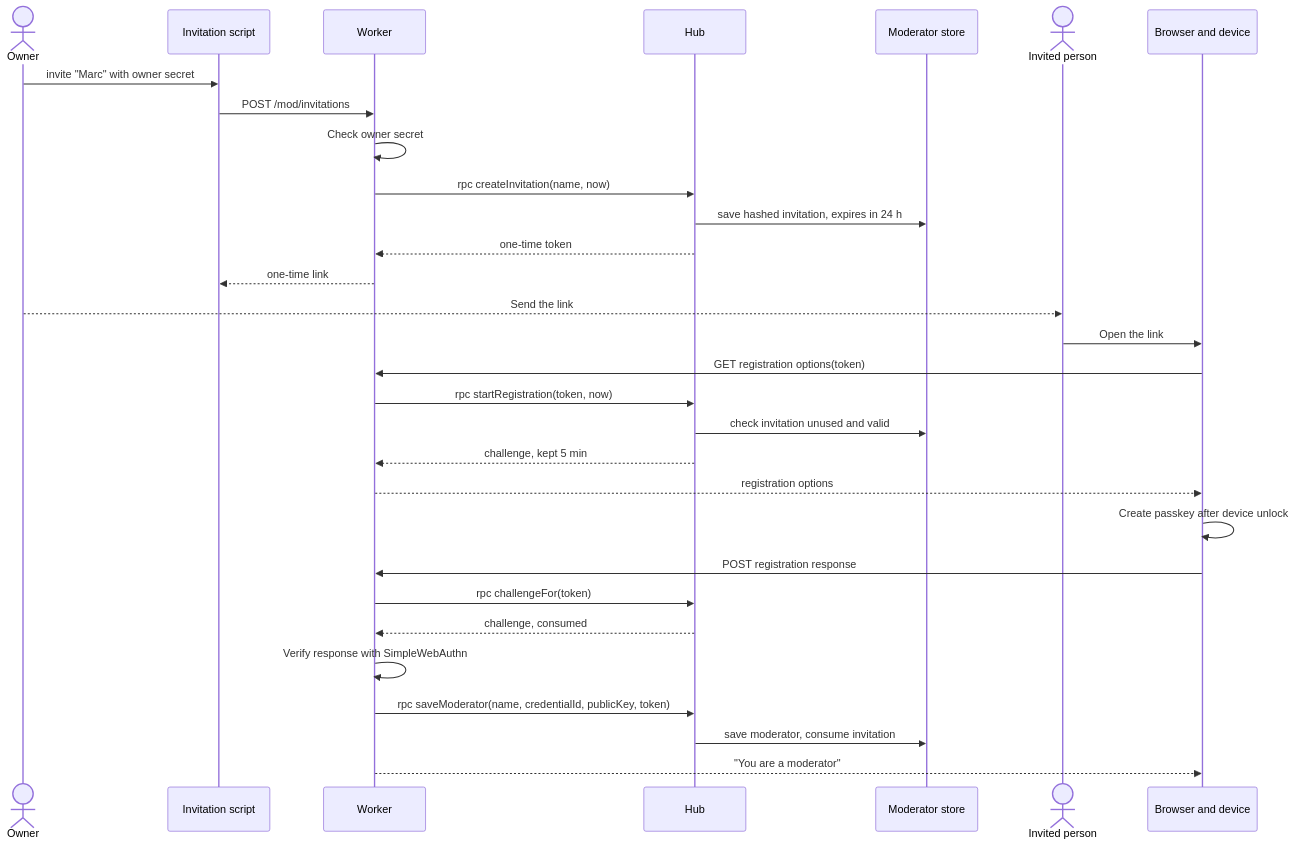
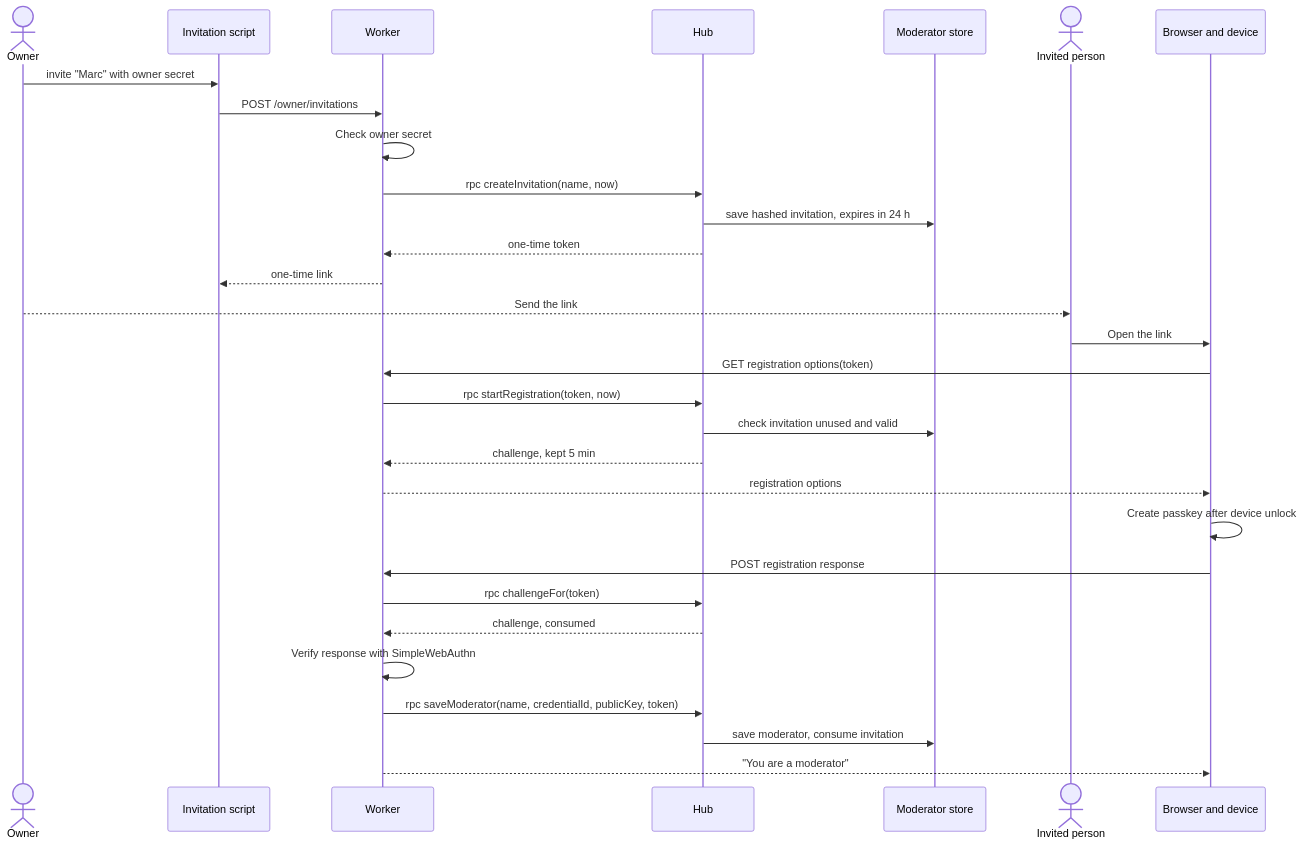
One commit to benoit-bremaud/asv changed the diagram in docs/architecture/diagrams/moderation/02b-sequence-invite-and-enroll.md. Above: the diagram before and after it, drawn with Mermaid. The commit also changed 26 other files, not shown here.

````diff
--- a/docs/architecture/diagrams/moderation/02b-sequence-invite-and-enroll.md
+++ b/docs/architecture/diagrams/moderation/02b-sequence-invite-and-enroll.md
@@ -15,32 +15,32 @@
 ```mermaid
 sequenceDiagram
   actor OW as Owner
   participant CLI as Invitation script
   participant WK as Worker
   participant H as Hub
   participant MS as Moderator store
   actor I as Invited person
   participant B as Browser and device
   OW->>CLI: invite "Marc" with owner secret
-  CLI->>WK: POST /mod/invitations
+  CLI->>WK: POST /owner/invitations
   WK->>WK: Check owner secret
   WK->>H: rpc createInvitation(name, now)
   H->>MS: save hashed invitation, expires in 24 h
   H-->>WK: one-time token
   WK-->>CLI: one-time link
   OW-->>I: Send the link
   I->>B: Open the link
   B->>WK: GET registration options(token)
   WK->>H: rpc startRegistration(token, now)
   H->>MS: check invitation unused and valid
   H-->>WK: challenge, kept 5 min
   WK-->>B: registration options
   B->>B: Create passkey after device unlock
   B->>WK: POST registration response
   WK->>H: rpc challengeFor(token)
   H-->>WK: challenge, consumed
   WK->>WK: Verify response with SimpleWebAuthn
   WK->>H: rpc saveModerator(name, credentialId, publicKey, token)
   H->>MS: save moderator, consume invitation
   WK-->>B: "You are a moderator"
 ```
````
